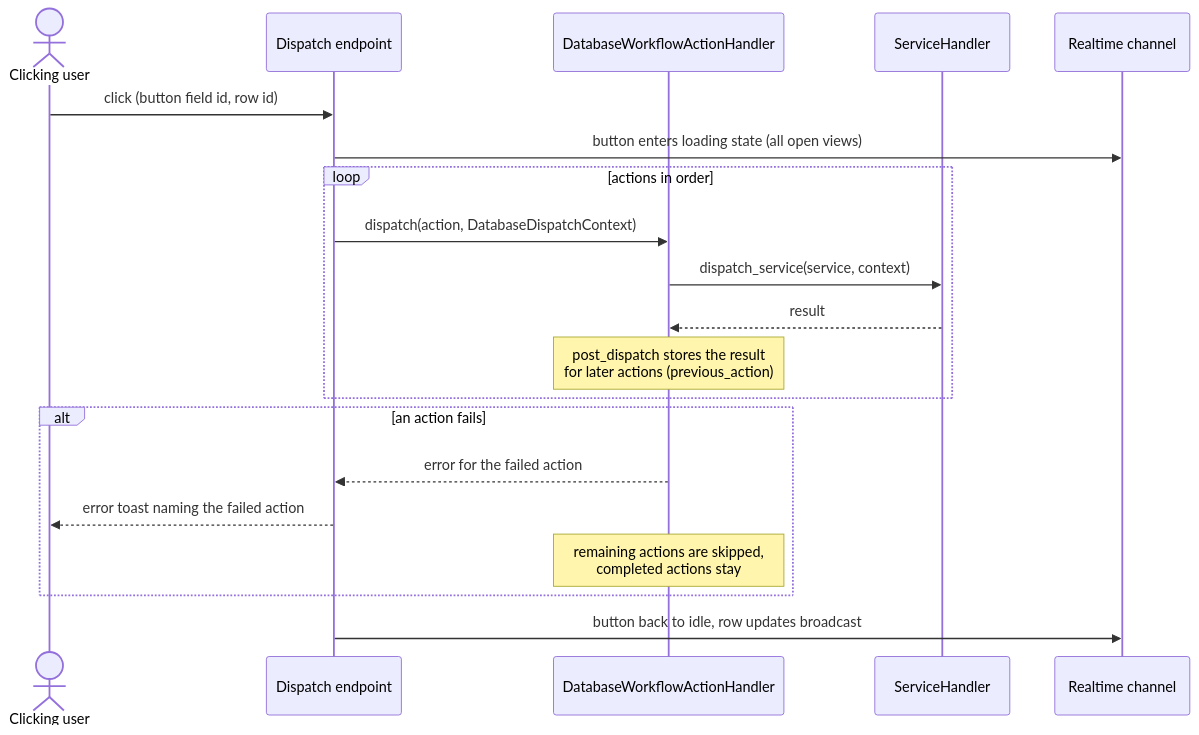
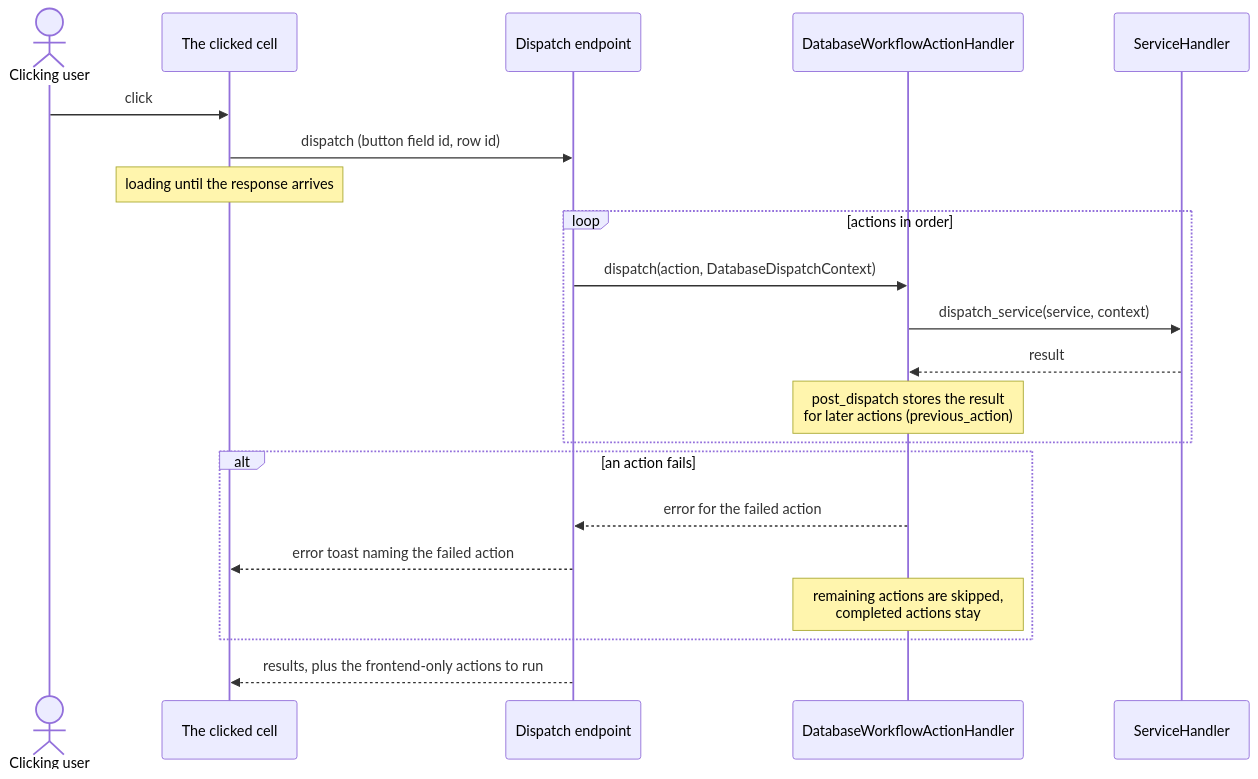
Before and after one commit to baserow/baserow: the second of 4 diagrams in docs/decisions/006-button-field-workflow-actions.md, drawn with Mermaid. The commit also changed other lines of this file, not shown here.

First line of the commit message:
correct adr 006 on the button loading state

````diff
--- a/docs/decisions/006-button-field-workflow-actions.md
+++ b/docs/decisions/006-button-field-workflow-actions.md
@@ -164,23 +163,24 @@
 ```mermaid
 sequenceDiagram
     actor User as Clicking user
+    participant Cell as The clicked cell
     participant API as Dispatch endpoint
     participant H as DatabaseWorkflowActionHandler
     participant SH as ServiceHandler
-    participant WS as Realtime channel
 
-    User->>API: click (button field id, row id)
-    API->>WS: button enters loading state (all open views)
+    User->>Cell: click
+    Cell->>API: dispatch (button field id, row id)
+    Note over Cell: loading until the response arrives
     loop actions in order
         API->>H: dispatch(action, DatabaseDispatchContext)
         H->>SH: dispatch_service(service, context)
         SH-->>H: result
         Note over H: post_dispatch stores the result<br/>for later actions (previous_action)
     end
     alt an action fails
         H-->>API: error for the failed action
-        API-->>User: error toast naming the failed action
+        API-->>Cell: error toast naming the failed action
         Note over H: remaining actions are skipped,<br/>completed actions stay
     end
-    API->>WS: button back to idle, row updates broadcast
+    API-->>Cell: results, plus the frontend-only actions to run
 ```
````
